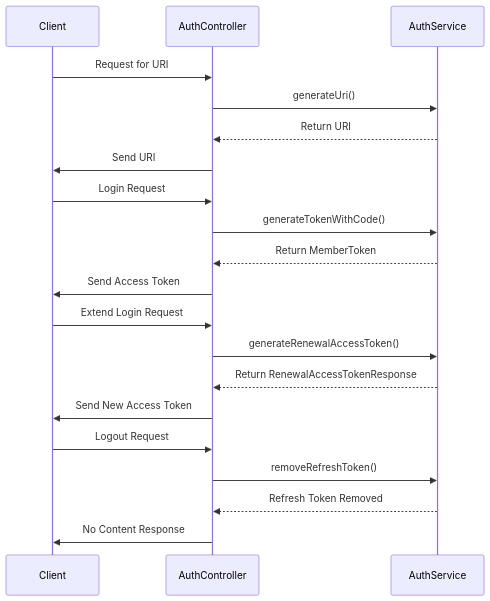
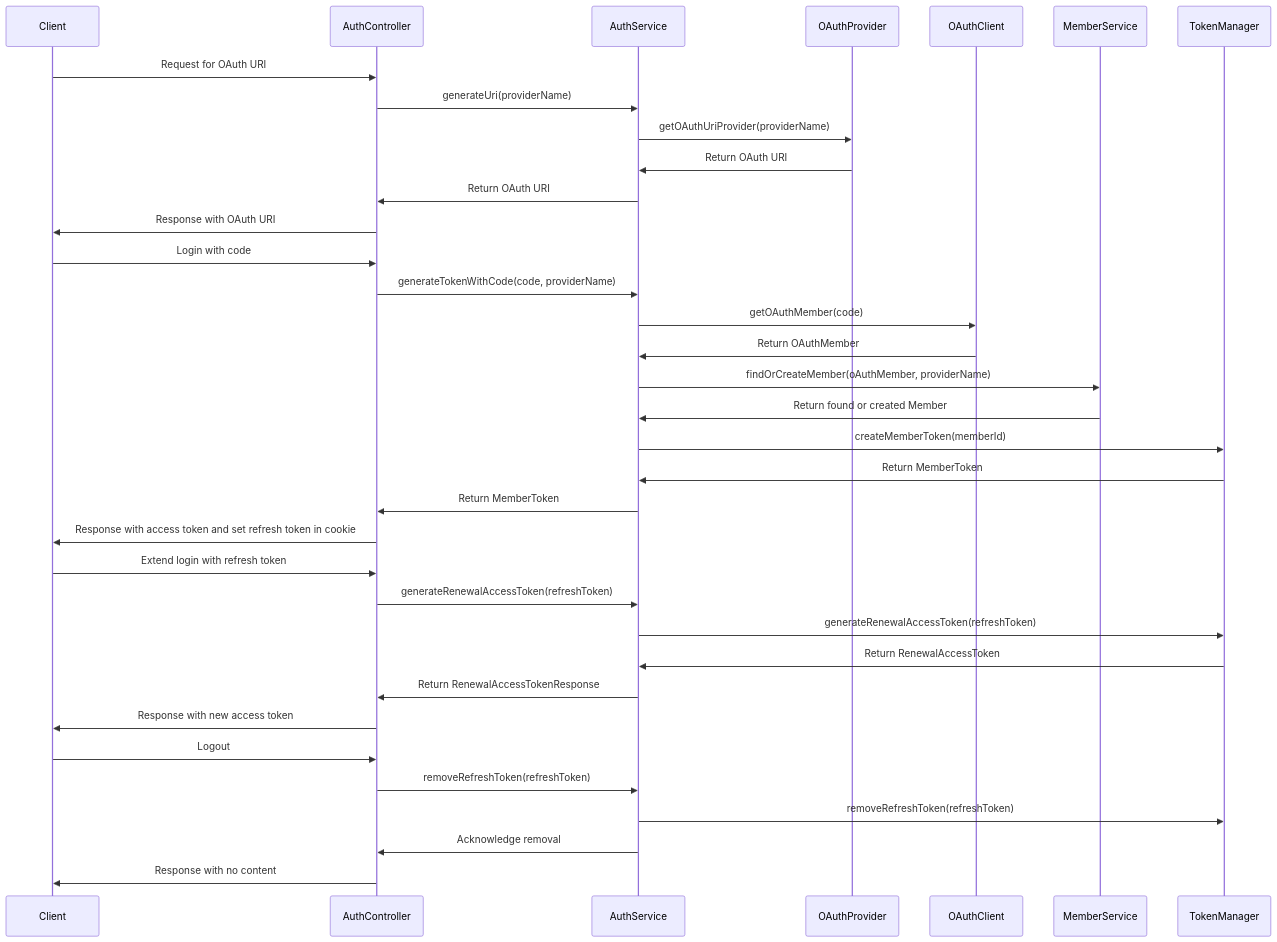
One commit to frog9088/markdown_testing changed the second of 2 diagrams in all_new_authcontroller.md. Above: the diagram before and after it, drawn with Mermaid. The commit also changed other lines of this file, not shown here.

````diff
--- a/all_new_authcontroller.md
+++ b/all_new_authcontroller.md
@@ -17,22 +15,33 @@
 ```mermaid
 sequenceDiagram
-    Client->>AuthController: Request for URI
-    AuthController->>AuthService: generateUri()
-    AuthService-->>AuthController: Return URI
-    AuthController->>Client: Send URI
+    Client->>AuthController: Request for OAuth URI
+    AuthController->>AuthService: generateUri(providerName)
+    AuthService->>OAuthProvider: getOAuthUriProvider(providerName)
+    OAuthProvider->>AuthService: Return OAuth URI
+    AuthService->>AuthController: Return OAuth URI
+    AuthController->>Client: Response with OAuth URI
 
-    Client->>AuthController: Login Request
-    AuthController->>AuthService: generateTokenWithCode()
-    AuthService-->>AuthController: Return MemberToken
-    AuthController->>Client: Send Access Token
+    Client->>AuthController: Login with code
+    AuthController->>AuthService: generateTokenWithCode(code, providerName)
+    AuthService->>OAuthClient: getOAuthMember(code)
+    OAuthClient->>AuthService: Return OAuthMember
+    AuthService->>MemberService: findOrCreateMember(oAuthMember, providerName)
+    MemberService->>AuthService: Return found or created Member
+    AuthService->>TokenManager: createMemberToken(memberId)
+    TokenManager->>AuthService: Return MemberToken
+    AuthService->>AuthController: Return MemberToken
+    AuthController->>Client: Response with access token and set refresh token in cookie
 
-    Client->>AuthController: Extend Login Request
-    AuthController->>AuthService: generateRenewalAccessToken()
-    AuthService-->>AuthController: Return RenewalAccessTokenResponse
-    AuthController->>Client: Send New Access Token
+    Client->>AuthController: Extend login with refresh token
+    AuthController->>AuthService: generateRenewalAccessToken(refreshToken)
+    AuthService->>TokenManager: generateRenewalAccessToken(refreshToken)
+    TokenManager->>AuthService: Return RenewalAccessToken
+    AuthService->>AuthController: Return RenewalAccessTokenResponse
+    AuthController->>Client: Response with new access token
 
-    Client->>AuthController: Logout Request
-    AuthController->>AuthService: removeRefreshToken()
-    AuthService-->>AuthController: Refresh Token Removed
-    AuthController->>Client: No Content Response
+    Client->>AuthController: Logout
+    AuthController->>AuthService: removeRefreshToken(refreshToken)
+    AuthService->>TokenManager: removeRefreshToken(refreshToken)
+    AuthService->>AuthController: Acknowledge removal
+    AuthController->>Client: Response with no content
 ```
````
